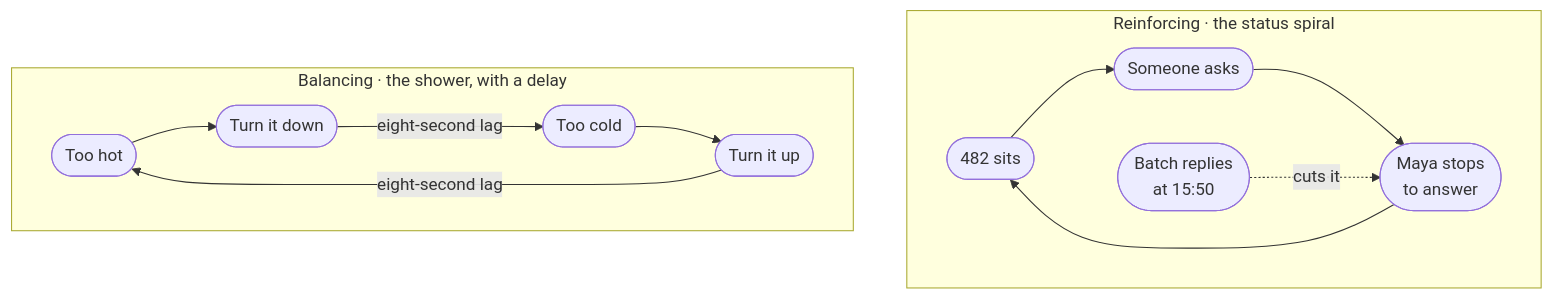
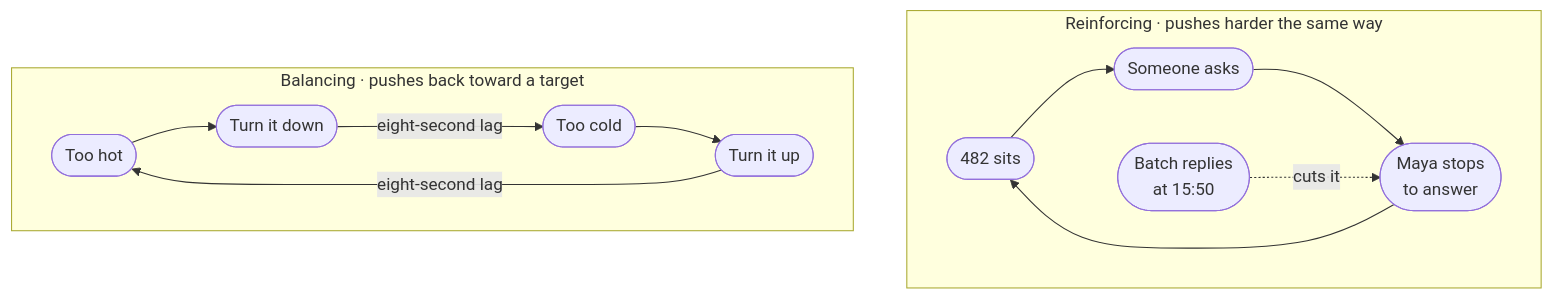
One commit to Laticent/lattice changed the third of 19 diagrams in examples/system-design-foundations.md. Above: the diagram before and after it, drawn with Mermaid. The commit also changed other lines of this file and 1 other file, not shown here.

````diff
--- a/examples/system-design-foundations.md
+++ b/examples/system-design-foundations.md
@@ -390,17 +404,17 @@
 ```mermaid
 flowchart TB
-  subgraph rein["Reinforcing · the status spiral"]
+  subgraph rein["Reinforcing · pushes harder the same way"]
     direction LR
     R1(["482 sits"]) --> R2(["Someone asks"])
     R2 --> R3(["Maya stops<br/>to answer"])
     R3 --> R1
     R4(["Batch replies<br/>at 15:50"]) -.->|"cuts it"| R3
   end
-  subgraph bal["Balancing · the shower, with a delay"]
+  subgraph bal["Balancing · pushes back toward a target"]
     direction LR
     B1(["Too hot"]) --> B2(["Turn it down"])
     B2 -->|"eight-second lag"| B3(["Too cold"])
     B3 --> B4(["Turn it up"])
     B4 -->|"eight-second lag"| B1
   end
 ```
````
